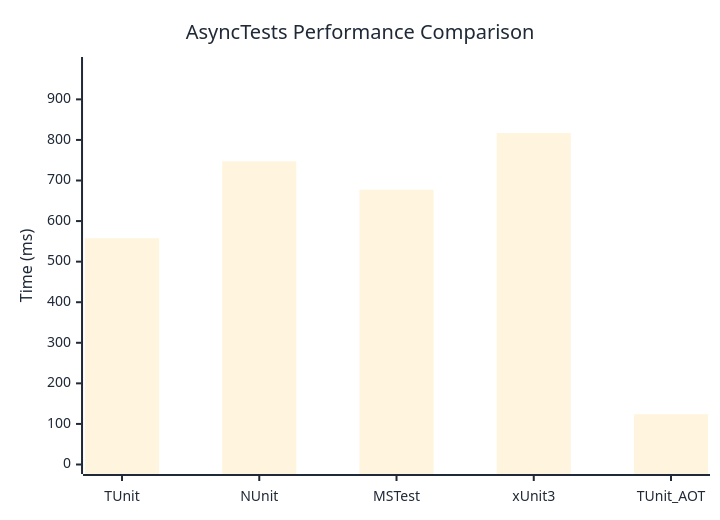
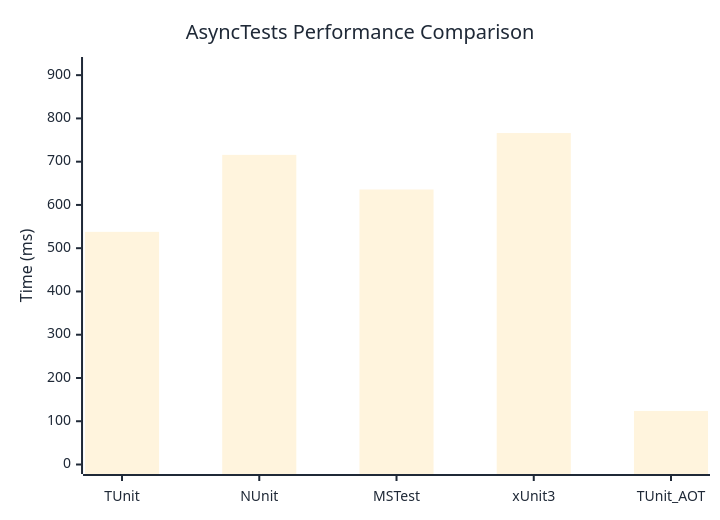
One commit to thomhurst/TUnit changed the diagram in docs/docs/benchmarks/AsyncTests.md. Above: the diagram before and after it, drawn with Mermaid. The commit also changed other lines of this file and 17 other files, not shown here.

````diff
--- a/docs/docs/benchmarks/AsyncTests.md
+++ b/docs/docs/benchmarks/AsyncTests.md
@@ -27,37 +27,37 @@
 ```mermaid
 %%{init: {
   'theme':'base',
   'themeVariables': {
     'primaryColor': '#2563eb',
     'primaryTextColor': '#1f2937',
     'primaryBorderColor': '#1e40af',
     'lineColor': '#6b7280',
     'secondaryColor': '#7c3aed',
     'tertiaryColor': '#dc2626',
     'background': '#ffffff',
     'mainBkg': '#2563eb',
     'secondBkg': '#7c3aed',
     'tertiaryBkg': '#dc2626',
     'clusterBkg': '#f3f4f6',
     'edgeLabelBackground': '#ffffff',
     'tertiaryTextColor': '#1f2937',
     'pie1': '#2563eb',
     'pie2': '#7c3aed',
     'pie3': '#dc2626',
     'pie4': '#f59e0b',
     'pie5': '#10b981',
     'pie6': '#06b6d4',
     'pie7': '#ec4899',
     'pie8': '#6366f1',
     'pie9': '#84cc16',
     'pie10': '#f97316',
     'pie11': '#14b8a6',
     'pie12': '#a855f7'
   }
 }}%%
 xychart-beta
   title "AsyncTests Performance Comparison"
   x-axis ["TUnit", "NUnit", "MSTest", "xUnit3", "TUnit_AOT"]
-  y-axis "Time (ms)" 0 --> 981
-  bar [557.6, 747.2, 677.3, 817, 124]
+  y-axis "Time (ms)" 0 --> 920
+  bar [537.8, 715.7, 635.7, 766.2, 123.8]
 ```
````
